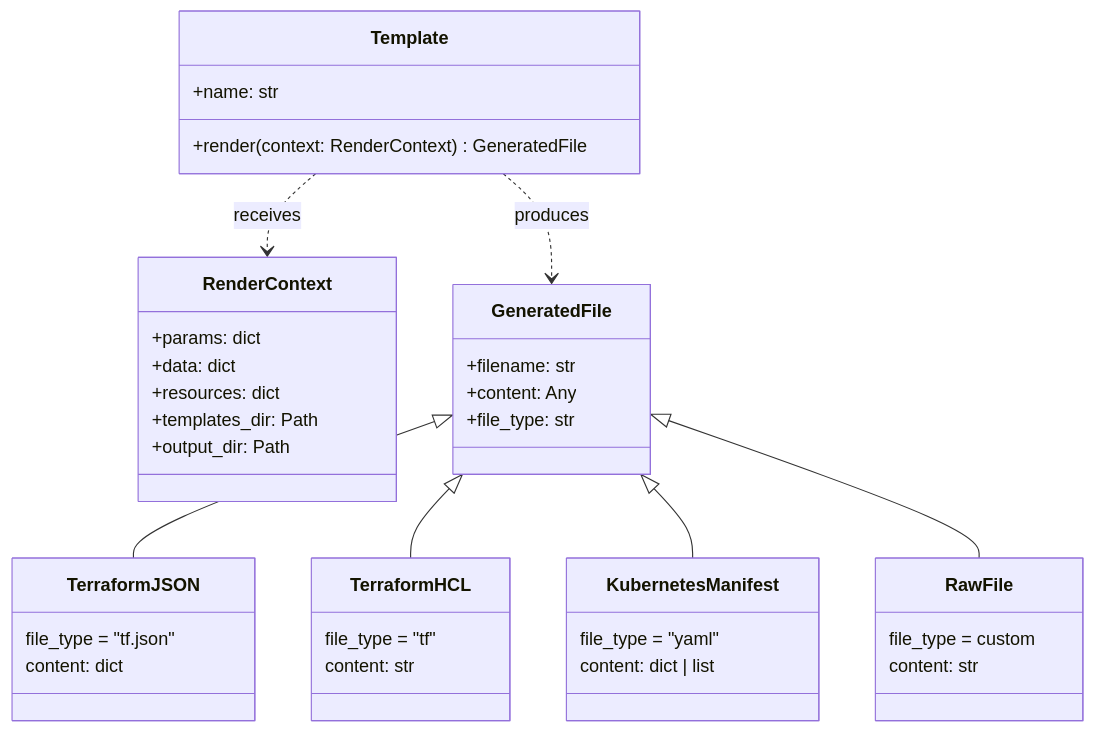
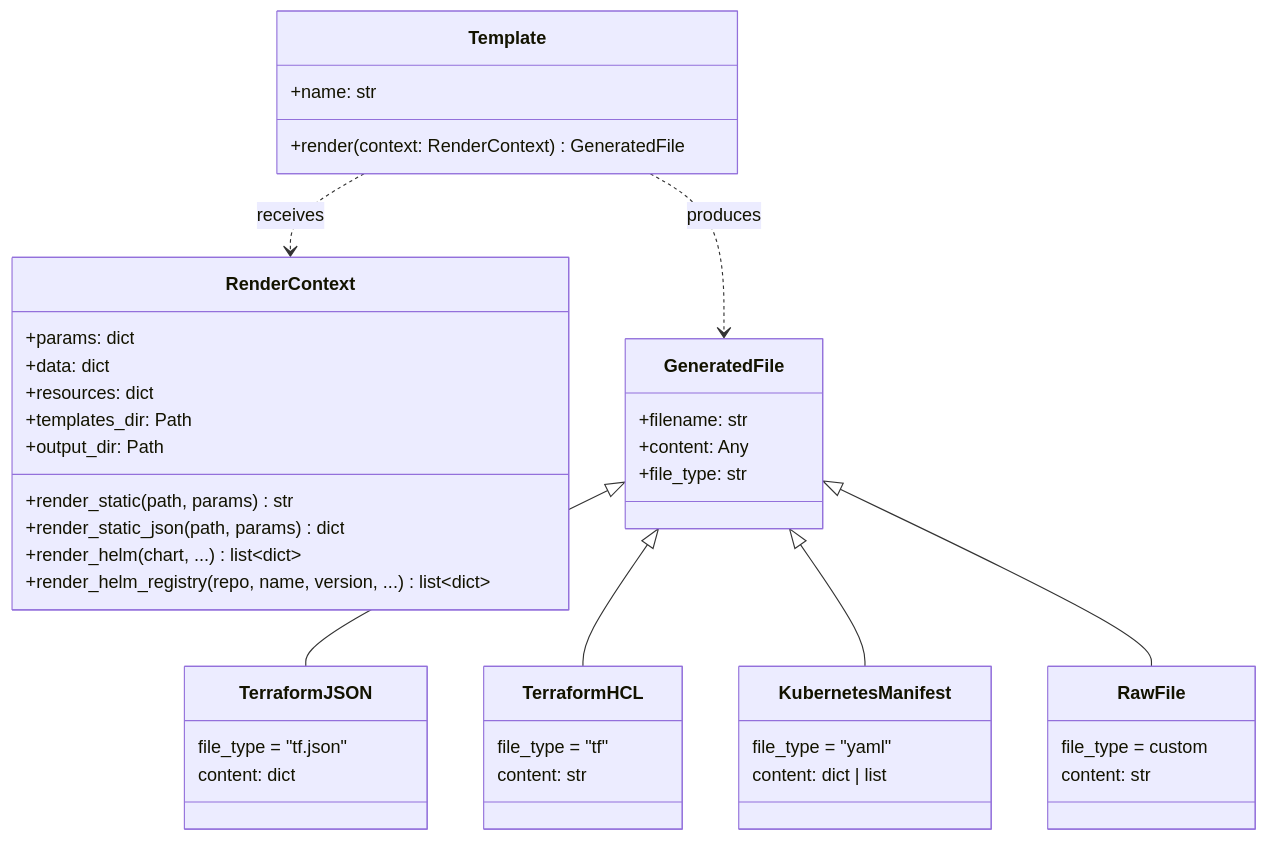
One commit to AgathEmmanuel/geni changed the sixth of 16 diagrams in ARCHITECTURE.md. Above: the diagram before and after it, drawn with Mermaid. The commit also changed other lines of this file and 46 other files, not shown here.

Commit message:
adding hcl json helm support

````diff
--- a/ARCHITECTURE.md
+++ b/ARCHITECTURE.md
@@ -179,48 +213,52 @@
 ```mermaid
 classDiagram
     class Template {
         +name: str
         +render(context: RenderContext) GeneratedFile
     }
 
     class RenderContext {
         +params: dict
         +data: dict
         +resources: dict
         +templates_dir: Path
         +output_dir: Path
+        +render_static(path, params) str
+        +render_static_json(path, params) dict
+        +render_helm(chart, ...) list~dict~
+        +render_helm_registry(repo, name, version, ...) list~dict~
     }
 
     class GeneratedFile {
         +filename: str
         +content: Any
         +file_type: str
     }
 
     class TerraformJSON {
         file_type = "tf.json"
         content: dict
     }
 
     class TerraformHCL {
         file_type = "tf"
         content: str
     }
 
     class KubernetesManifest {
         file_type = "yaml"
         content: dict | list
     }
 
     class RawFile {
         file_type = custom
         content: str
     }
 
     GeneratedFile <|-- TerraformJSON
     GeneratedFile <|-- TerraformHCL
     GeneratedFile <|-- KubernetesManifest
     GeneratedFile <|-- RawFile
     Template ..> RenderContext : receives
     Template ..> GeneratedFile : produces
 ```
````
